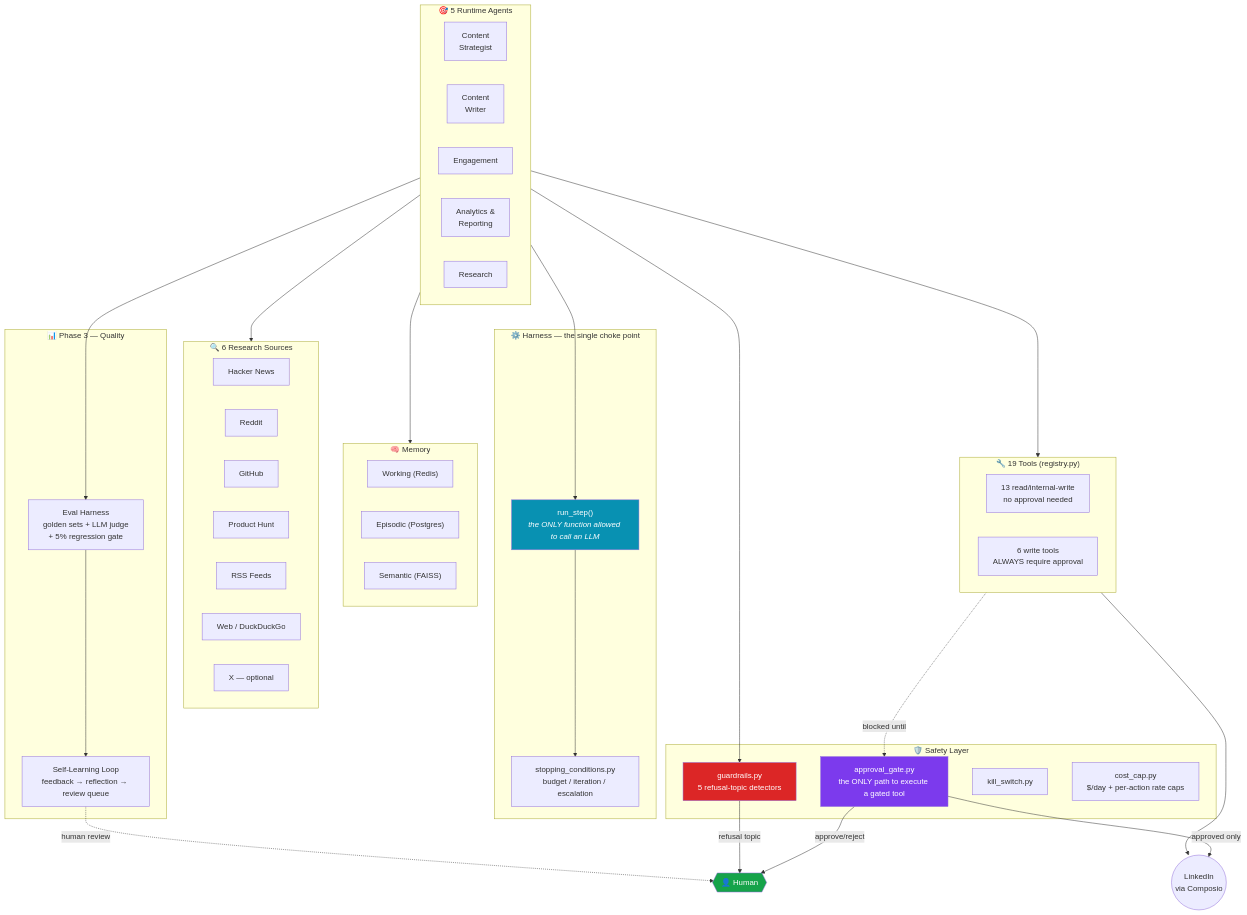
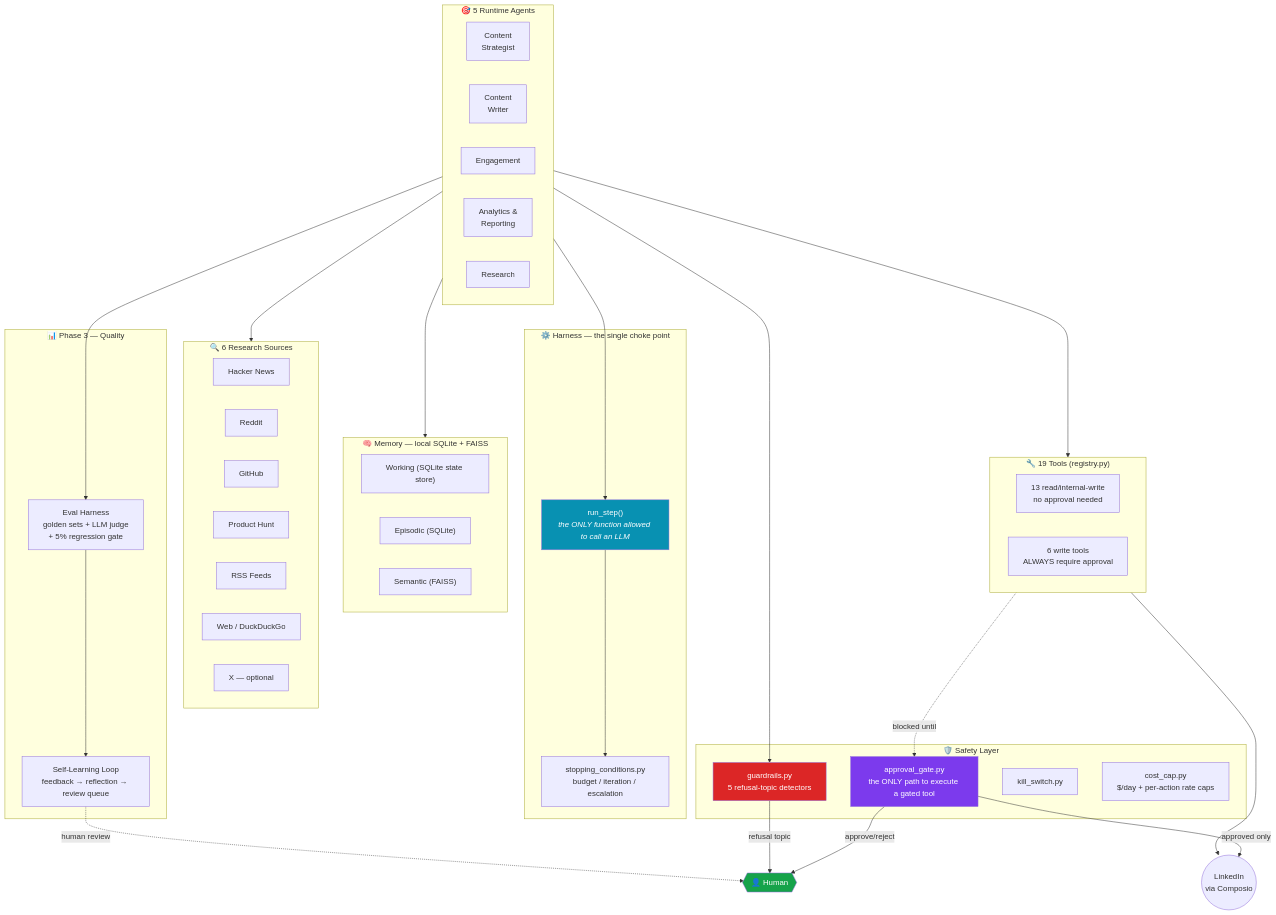
Before and after one commit to codaswin/ALM_opensourse: the first of 10 diagrams in README.md, drawn with Mermaid. The commit also changed other lines of this file, not shown here.

````diff
--- a/README.md
+++ b/README.md
@@ -142,74 +125,74 @@
 ```mermaid
 flowchart TB
     subgraph Runtime["🎯 5 Runtime Agents"]
         direction LR
         CS["Content<br/>Strategist"]
         CW["Content<br/>Writer"]
         EN["Engagement"]
         AN["Analytics &<br/>Reporting"]
         RE["Research"]
     end
 
     subgraph Harness["⚙️ Harness — the single choke point"]
         RunStep["run_step()<br/><i>the ONLY function allowed to call an LLM</i>"]
         Stop["stopping_conditions.py<br/>budget / iteration / escalation"]
     end
 
     subgraph Safety["🛡️ Safety Layer"]
         Guard["guardrails.py<br/>5 refusal-topic detectors"]
         Gate["approval_gate.py<br/>the ONLY path to execute a gated tool"]
         Kill["kill_switch.py"]
         Cap["cost_cap.py<br/>$/day + per-action rate caps"]
     end
 
     subgraph Tools["🔧 19 Tools (registry.py)"]
         direction LR
         ReadTools["13 read/internal-write<br/>no approval needed"]
         WriteTools["6 write tools<br/>ALWAYS require approval"]
     end
 
-    subgraph Memory["🧠 Memory"]
-        Working["Working (Redis)"]
-        Episodic["Episodic (Postgres)"]
+    subgraph Memory["🧠 Memory — local SQLite + FAISS"]
+        Working["Working (SQLite state store)"]
+        Episodic["Episodic (SQLite)"]
         Semantic["Semantic (FAISS)"]
     end
 
     subgraph Research6["🔍 6 Research Sources"]
         direction LR
         HN[Hacker News]
         RD[Reddit]
         GH[GitHub]
         PH[Product Hunt]
         RSS[RSS Feeds]
         WEB[Web / DuckDuckGo]
         X["X — optional"]
     end
 
     subgraph Quality["📊 Phase 3 — Quality"]
         Eval["Eval Harness<br/>golden sets + LLM judge<br/>+ 5% regression gate"]
         Learn["Self-Learning Loop<br/>feedback → reflection → review queue"]
     end
 
     LinkedIn(("LinkedIn<br/>via Composio"))
     Human{{"👤 Human"}}
 
     Runtime --> RunStep
     RunStep --> Stop
     Runtime --> Tools
     RE --> Research6
     WriteTools -.->|blocked until| Gate
     Gate -->|approve/reject| Human
     Gate -->|approved only| LinkedIn
     ReadTools --> LinkedIn
     Runtime --> Guard
     Guard -->|refusal topic| Human
     Runtime --> Memory
     Runtime --> Eval
     Eval --> Learn
     Learn -.->|human review| Human
 
     style Gate fill:#7c3aed,color:#fff
     style Guard fill:#dc2626,color:#fff
     style RunStep fill:#0891b2,color:#fff
     style Human fill:#16a34a,color:#fff
 ```
````
